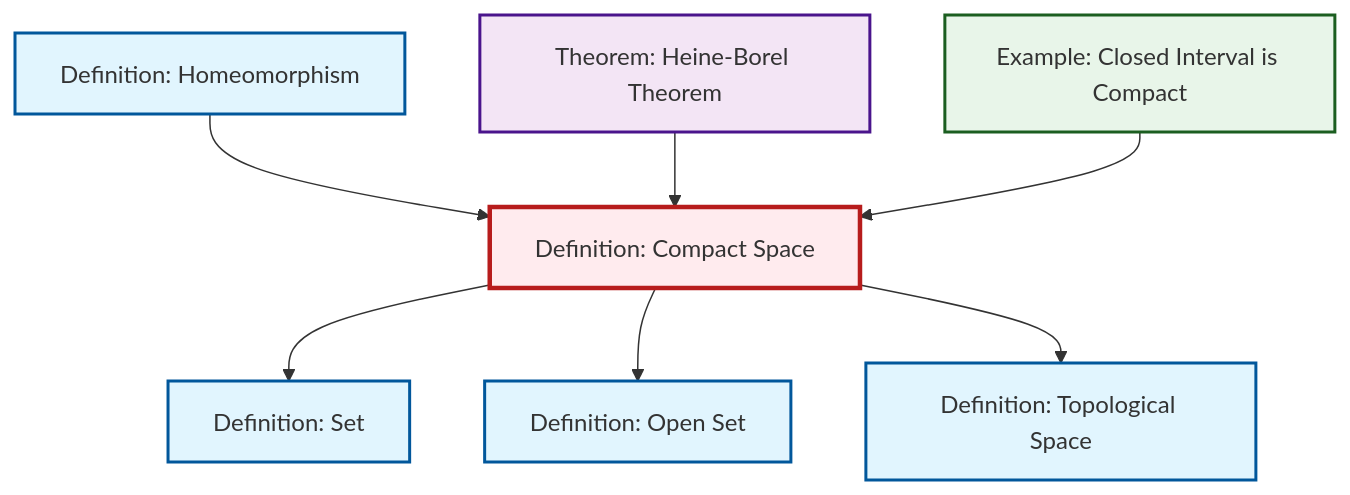
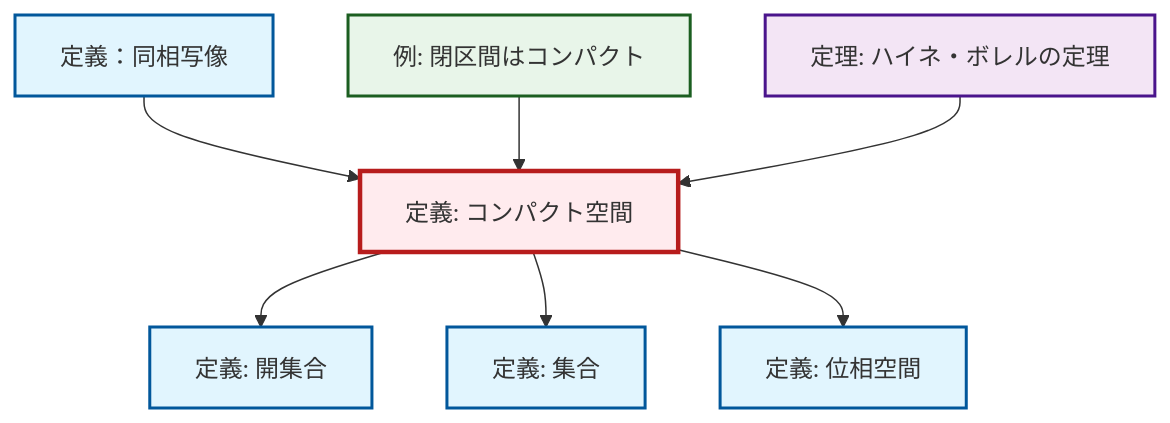
The diagram in content/ja/topology/def-compact.qmd (RK0429/ModernMath), drawn with Mermaid before and after one commit. The commit also changed 1069 other files, not shown here.

````diff
--- a/content/ja/topology/def-compact.qmd
+++ b/content/ja/topology/def-compact.qmd
@@ -49,29 +49,29 @@
 ```{mermaid}
 %%| fig-cap: "Local dependency graph"
 graph TD
     classDef definition fill:#e1f5fe,stroke:#01579b,stroke-width:2px
     classDef theorem fill:#f3e5f5,stroke:#4a148c,stroke-width:2px
     classDef axiom fill:#fff3e0,stroke:#e65100,stroke-width:2px
     classDef example fill:#e8f5e9,stroke:#1b5e20,stroke-width:2px
     classDef current fill:#ffebee,stroke:#b71c1c,stroke-width:3px
-    def-set["Definition: Set"]:::definition
-    def-open-set["Definition: Open Set"]:::definition
-    ex-closed-interval-compact["Example: Closed Interval is Compact"]:::example
-    def-homeomorphism["Definition: Homeomorphism"]:::definition
-    thm-heine-borel["Theorem: Heine-Borel Theorem"]:::theorem
-    def-compact["Definition: Compact Space"]:::definition
-    def-topological-space["Definition: Topological Space"]:::definition
+    def-set["定義: 集合"]:::definition
+    def-homeomorphism["定義：同相写像"]:::definition
+    ex-closed-interval-compact["例: 閉区間はコンパクト"]:::example
+    def-topological-space["定義: 位相空間"]:::definition
+    def-open-set["定義: 開集合"]:::definition
+    thm-heine-borel["定理: ハイネ・ボレルの定理"]:::theorem
+    def-compact["定義: コンパクト空間"]:::definition
+    def-compact --> def-open-set
+    def-homeomorphism --> def-compact
     def-compact --> def-set
-    def-homeomorphism --> def-compact
-    def-compact --> def-open-set
+    ex-closed-interval-compact --> def-compact
+    def-compact --> def-topological-space
     thm-heine-borel --> def-compact
-    def-compact --> def-topological-space
-    ex-closed-interval-compact --> def-compact
     class def-compact current
-    click def-set "def-set.html" "Definition: Setへ"
-    click def-open-set "def-open-set.html" "Definition: Open Setへ"
-    click ex-closed-interval-compact "ex-closed-interval-compact.html" "Example: Closed Interval is Compactへ"
-    click def-homeomorphism "def-homeomorphism.html" "Definition: Homeomorphismへ"
-    click thm-heine-borel "thm-heine-borel.html" "Theorem: Heine-Borel Theoremへ"
-    click def-topological-space "def-topological-space.html" "Definition: Topological Spaceへ"
+    click def-set "def-set.html" "集合の定義へ"
+    click def-homeomorphism "def-homeomorphism.html" "定義：同相写像へ"
+    click ex-closed-interval-compact "ex-closed-interval-compact.html" "閉区間はコンパクトの例へ"
+    click def-topological-space "def-topological-space.html" "位相空間の定義へ"
+    click def-open-set "def-open-set.html" "開集合の定義へ"
+    click thm-heine-borel "thm-heine-borel.html" "ハイネ・ボレルの定理の定理へ"
 ```
````
